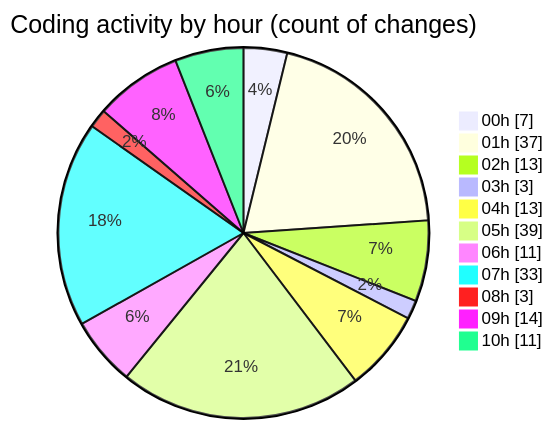
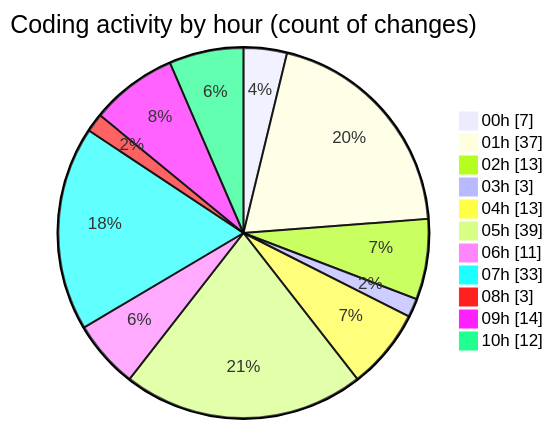
One commit to charlie-sans/code-tracking changed the second of 2 diagrams in 2025-02-23/micros/README.md. Above: the diagram before and after it, drawn with Mermaid. The commit also changed other lines of this file and 1 other file, not shown here.

````diff
--- a/2025-02-23/micros/README.md
+++ b/2025-02-23/micros/README.md
@@ -70,15 +70,15 @@
 ```mermaid
 pie showData
 title Coding activity by hour (count of changes)
 "00h" : 7
 "01h" : 37
 "02h" : 13
 "03h" : 3
 "04h" : 13
 "05h" : 39
 "06h" : 11
 "07h" : 33
 "08h" : 3
 "09h" : 14
-"10h" : 11
+"10h" : 12
 ```
````
